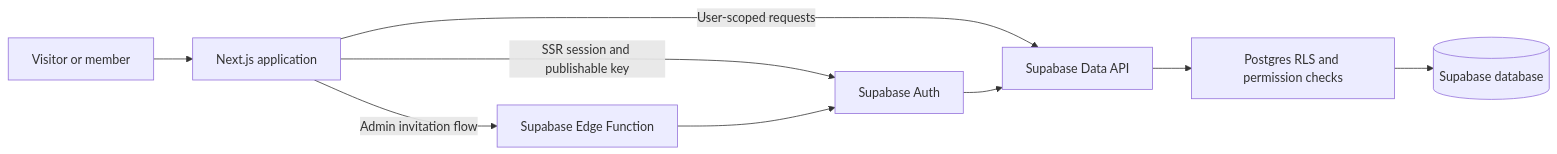
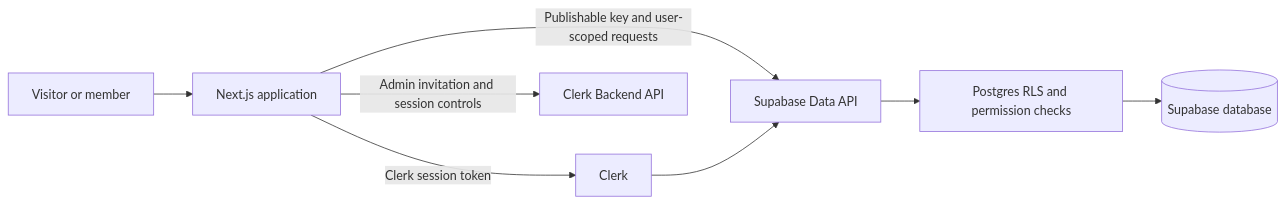
The diagram in README.md (tarunchaudharydev/techtronicaglau), drawn with Mermaid before and after one commit. The commit also changed other lines of this file and 62 other files, not shown here.

Commit message:
feat: migrate frontend authentication and admin to Clerk

```diff
--- a/README.md
+++ b/README.md
@@ -41,11 +41,10 @@
 ~~~mermaid
 flowchart LR
   Visitor[Visitor or member] --> Web[Next.js application]
-  Web -->|SSR session and publishable key| Auth[Supabase Auth]
-  Web -->|User-scoped requests| API[Supabase Data API]
+  Web -->|Clerk session token| Auth[Clerk]
+  Web -->|Publishable key and user-scoped requests| API[Supabase Data API]
   Auth --> API
   API --> RLS[Postgres RLS and permission checks]
   RLS --> DB[(Supabase database)]
-  Web -->|Admin invitation flow| Invite[Supabase Edge Function]
-  Invite --> Auth
+  Web -->|Admin invitation and session controls| ClerkAPI[Clerk Backend API]
 ~~~
```
